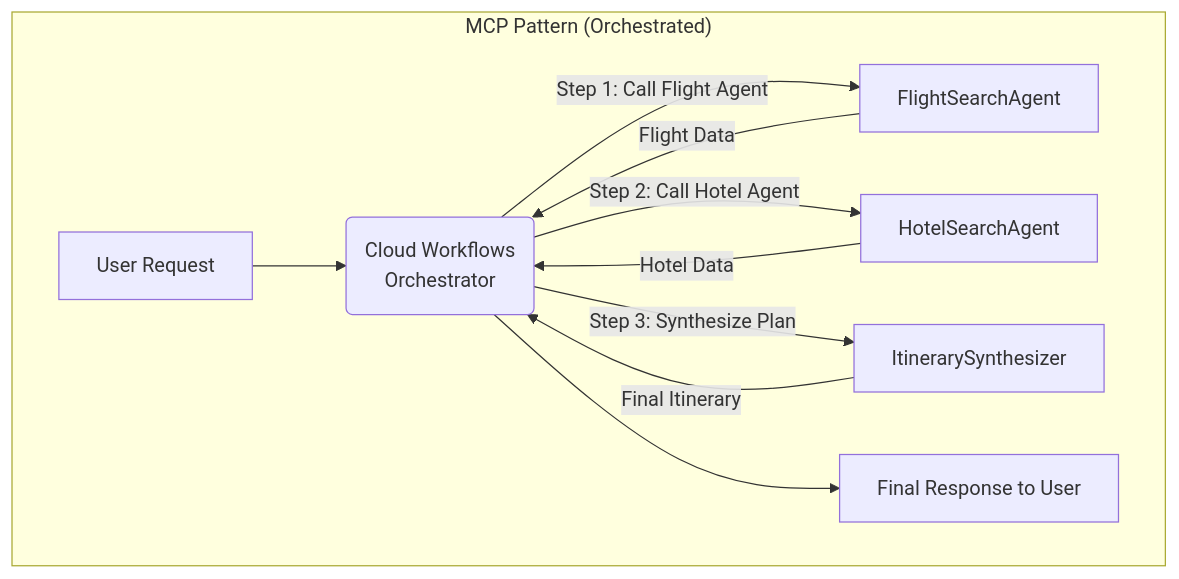
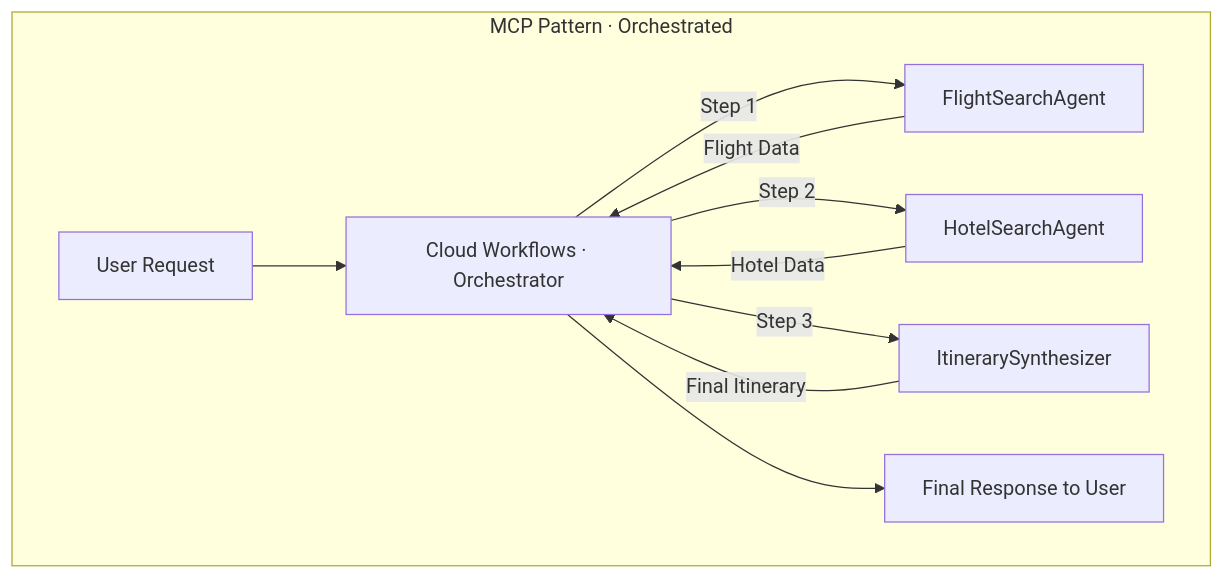
The second of 2 diagrams in content/agents/google-cloud-a2a-mcp-multi-agent-communication-control-patte.mdx (Mino777/ai-study), drawn with Mermaid before and after one commit. The commit also changed other lines of this file and 1 other file, not shown here.

First line of the commit message:
fix: Mermaid 렌더링 에러 수정 + 파이프라인 후처리 sanitizer 연결

````diff
--- a/content/agents/google-cloud-a2a-mcp-multi-agent-communication-control-patte.mdx
+++ b/content/agents/google-cloud-a2a-mcp-multi-agent-communication-control-patte.mdx
@@ -143,13 +143,13 @@
 ```mermaid
 graph TD
-    subgraph MCP_Pattern ["MCP Pattern (Orchestrated)"]
-        UserRequest[User Request] --> MCP(Cloud Workflows<br/>Orchestrator)
-        MCP -- "Step 1: Call Flight Agent" --> FlightAgent[FlightSearchAgent]
+    subgraph MCP_Pattern ["MCP Pattern · Orchestrated"]
+        UserRequest["User Request"] --> MCP["Cloud Workflows · Orchestrator"]
+        MCP -- "Step 1" --> FlightAgent["FlightSearchAgent"]
         FlightAgent -- "Flight Data" --> MCP
-        MCP -- "Step 2: Call Hotel Agent" --> HotelAgent[HotelSearchAgent]
+        MCP -- "Step 2" --> HotelAgent["HotelSearchAgent"]
         HotelAgent -- "Hotel Data" --> MCP
-        MCP -- "Step 3: Synthesize Plan" --> SynthesizerAgent[ItinerarySynthesizer]
+        MCP -- "Step 3" --> SynthesizerAgent["ItinerarySynthesizer"]
         SynthesizerAgent -- "Final Itinerary" --> MCP
-        MCP --> UserResponse[Final Response to User]
+        MCP --> UserResponse["Final Response to User"]
     end
 ```
````
